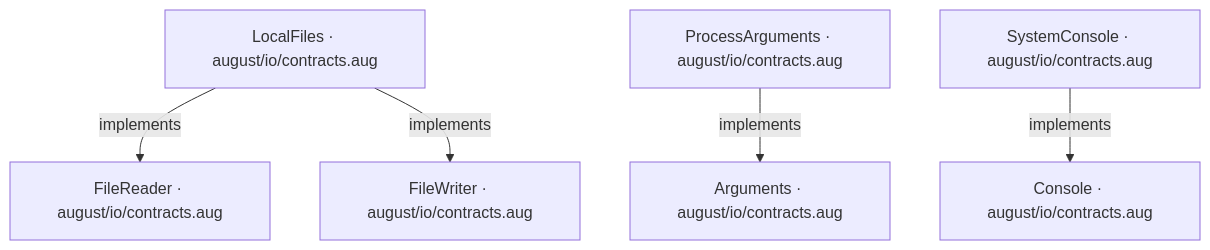
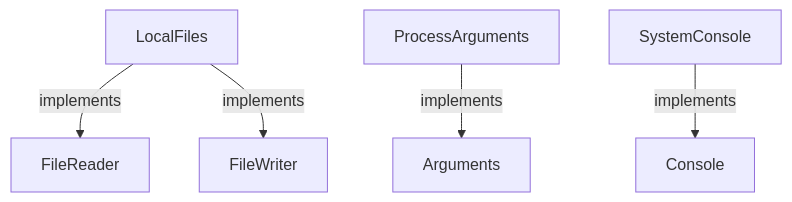
One commit to GreenPandaStudios/augscript changed the first of 5 diagrams in docs/examples/approved-design/dependencies/august/0.23.0/io/contracts-diagrams.md. Above: the diagram before and after it, drawn with Mermaid. The commit also changed other lines of this file and 524 other files, not shown here.

Commit message:
Explain checked data flow at folder and service levels

````diff
--- a/docs/examples/approved-design/dependencies/august/0.23.0/io/contracts-diagrams.md
+++ b/docs/examples/approved-design/dependencies/august/0.23.0/io/contracts-diagrams.md
@@ -19,14 +19,14 @@
 ```mermaid
 flowchart TD
-    n0["Arguments · august/io/contracts.aug"]
-    n1["Console · august/io/contracts.aug"]
-    n2["FileReader · august/io/contracts.aug"]
-    n3["FileWriter · august/io/contracts.aug"]
-    n4["LocalFiles · august/io/contracts.aug"]
-    n5["ProcessArguments · august/io/contracts.aug"]
-    n6["SystemConsole · august/io/contracts.aug"]
+    n0["Arguments"]
+    n1["Console"]
+    n2["FileReader"]
+    n3["FileWriter"]
+    n4["LocalFiles"]
+    n5["ProcessArguments"]
+    n6["SystemConsole"]
     n4 -->|"implements"| n2
     n4 -->|"implements"| n3
     n5 -->|"implements"| n0
     n6 -->|"implements"| n1
 ```
````
